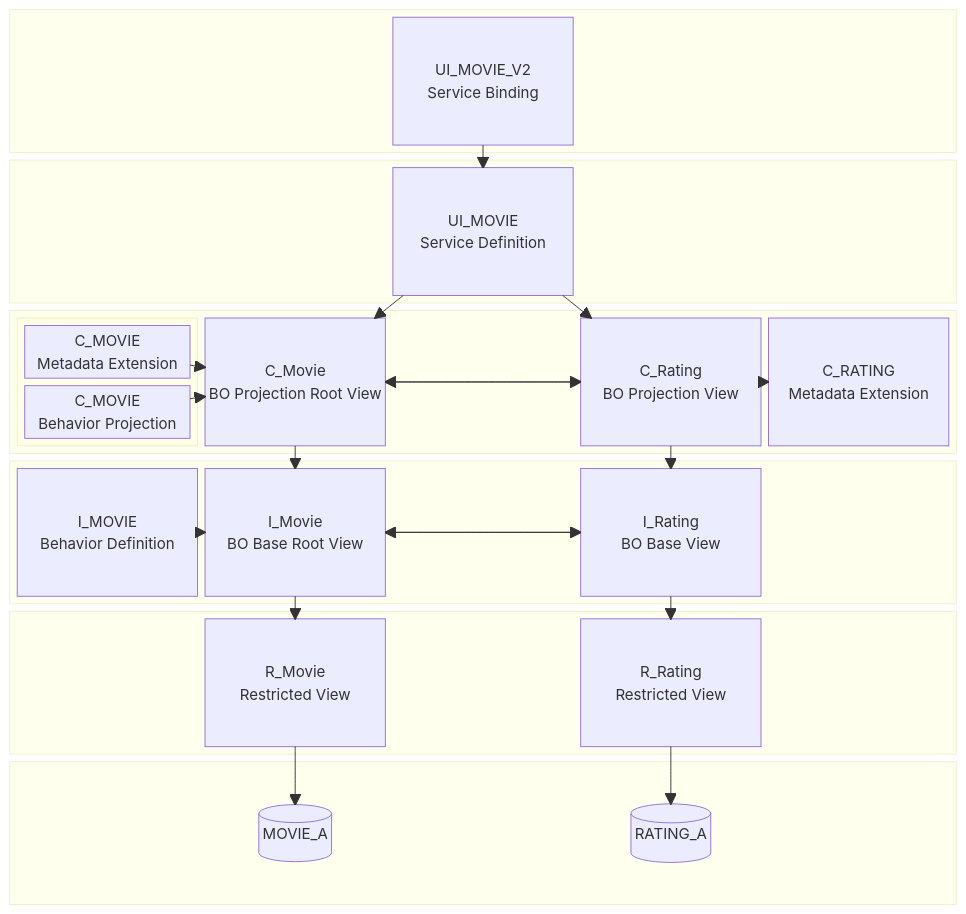
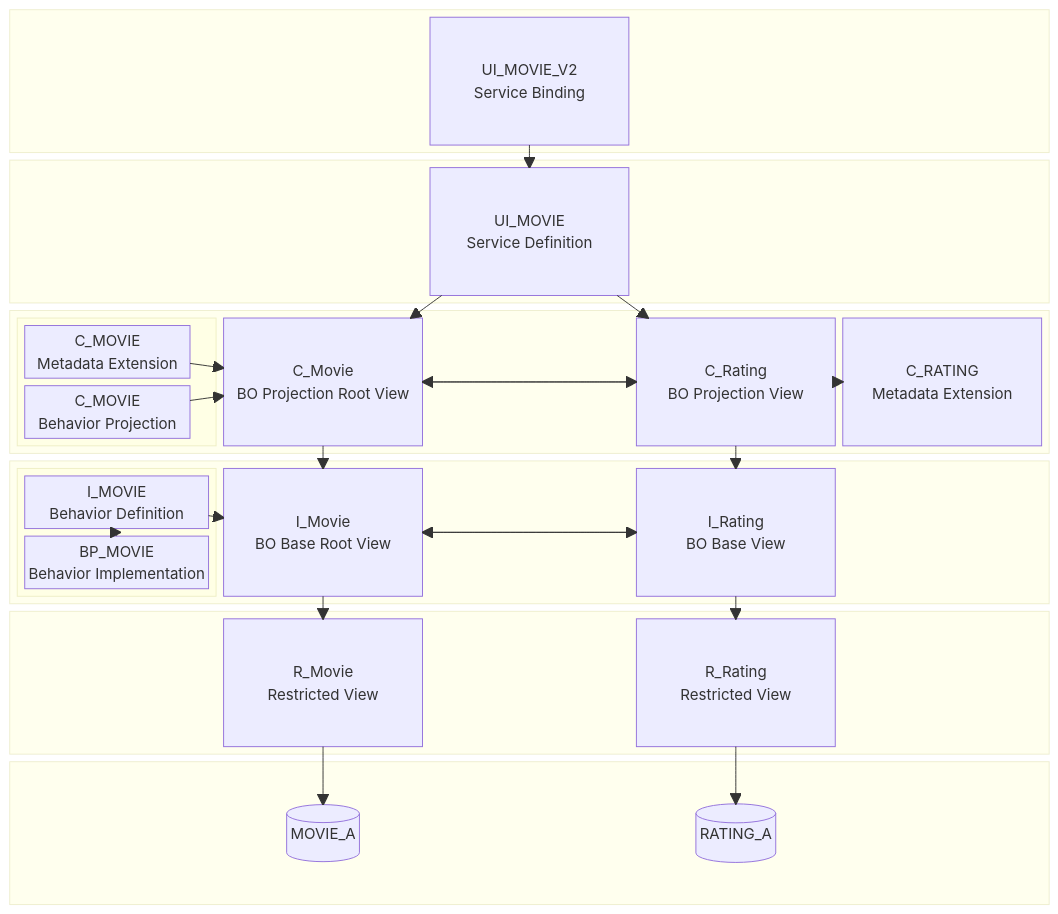
The second of 3 diagrams in README.md (appenmaier/abap_movie), drawn with Mermaid before and after one commit.

```diff
--- a/README.md
+++ b/README.md
@@ -67,8 +67,12 @@
                 Metadata Extension"]
    end
    block
-      I_MOVIE["I_MOVIE
-               Behavior Definition"]
+      block columns 1
+         I_MOVIE["I_MOVIE
+                  Behavior Definition"]
+         BP_MOVIE["BP_MOVIE
+                   Behavior Implementation"]
+      end
       I_Movie["I_Movie
                BO Base Root View"]
       space
@@ -105,6 +109,7 @@
    C_Rating-->C_Movie
    I_Movie-->R_Movie
    I_MOVIE-->I_Movie
+   BP_MOVIE-->I_MOVIE
    I_Movie-->I_Rating
    I_Rating-->I_Movie
    I_Rating-->R_Rating
```
